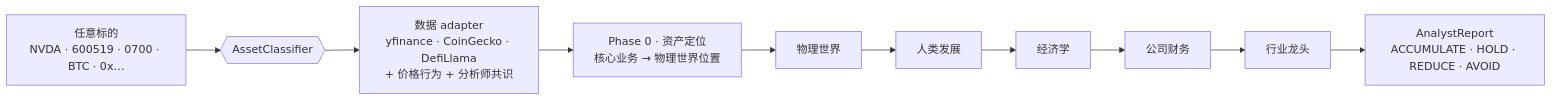
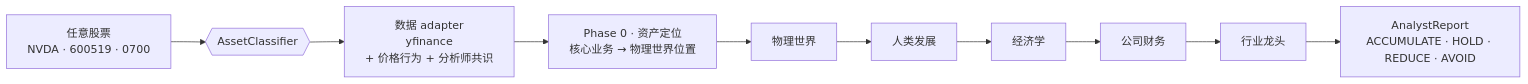
One commit to CyberK13/cyberagent changed the diagram in README.zh.md. Above: the diagram before and after it, drawn with Mermaid. The commit also changed other lines of this file and 9 other files, not shown here.

````diff
--- a/README.zh.md
+++ b/README.zh.md
@@ -86,8 +86,8 @@
 ```mermaid
 flowchart LR
-    IN["任意标的<br/>NVDA · 600519 · 0700 · BTC · 0x…"] --> CL{{AssetClassifier}}
-    CL --> AD["数据 adapter<br/>yfinance · CoinGecko · DefiLlama<br/>+ 价格行为 + 分析师共识"]
+    IN["任意股票<br/>NVDA · 600519 · 0700"] --> CL{{AssetClassifier}}
+    CL --> AD["数据 adapter<br/>yfinance<br/>+ 价格行为 + 分析师共识"]
     AD --> P0["Phase 0 · 资产定位<br/>核心业务 → 物理世界位置"]
     P0 --> D1[物理世界] --> D2[人类发展] --> D3[经济学] --> D4[公司财务] --> D5[行业龙头]
     D5 --> R["AnalystReport<br/>ACCUMULATE · HOLD · REDUCE · AVOID"]
 ```
````
